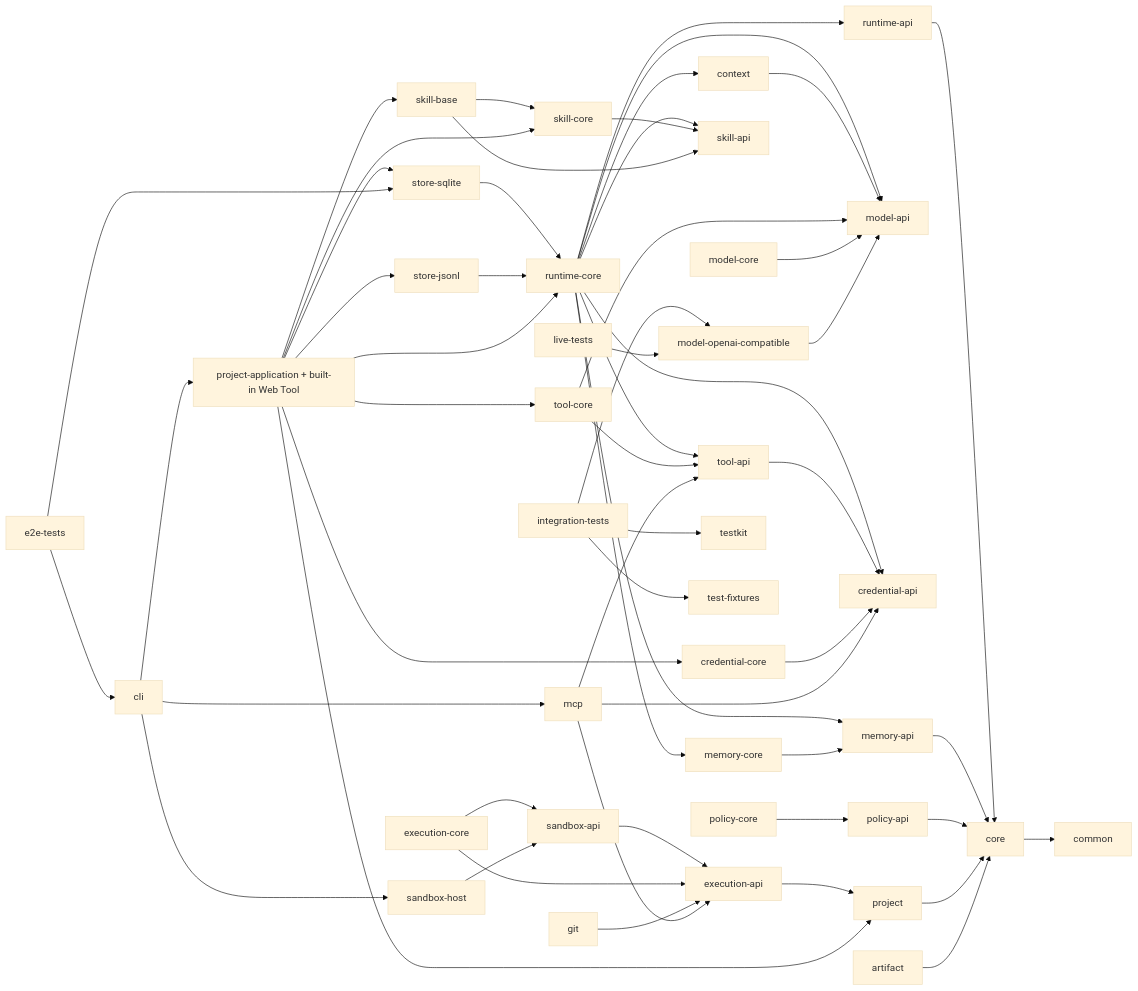
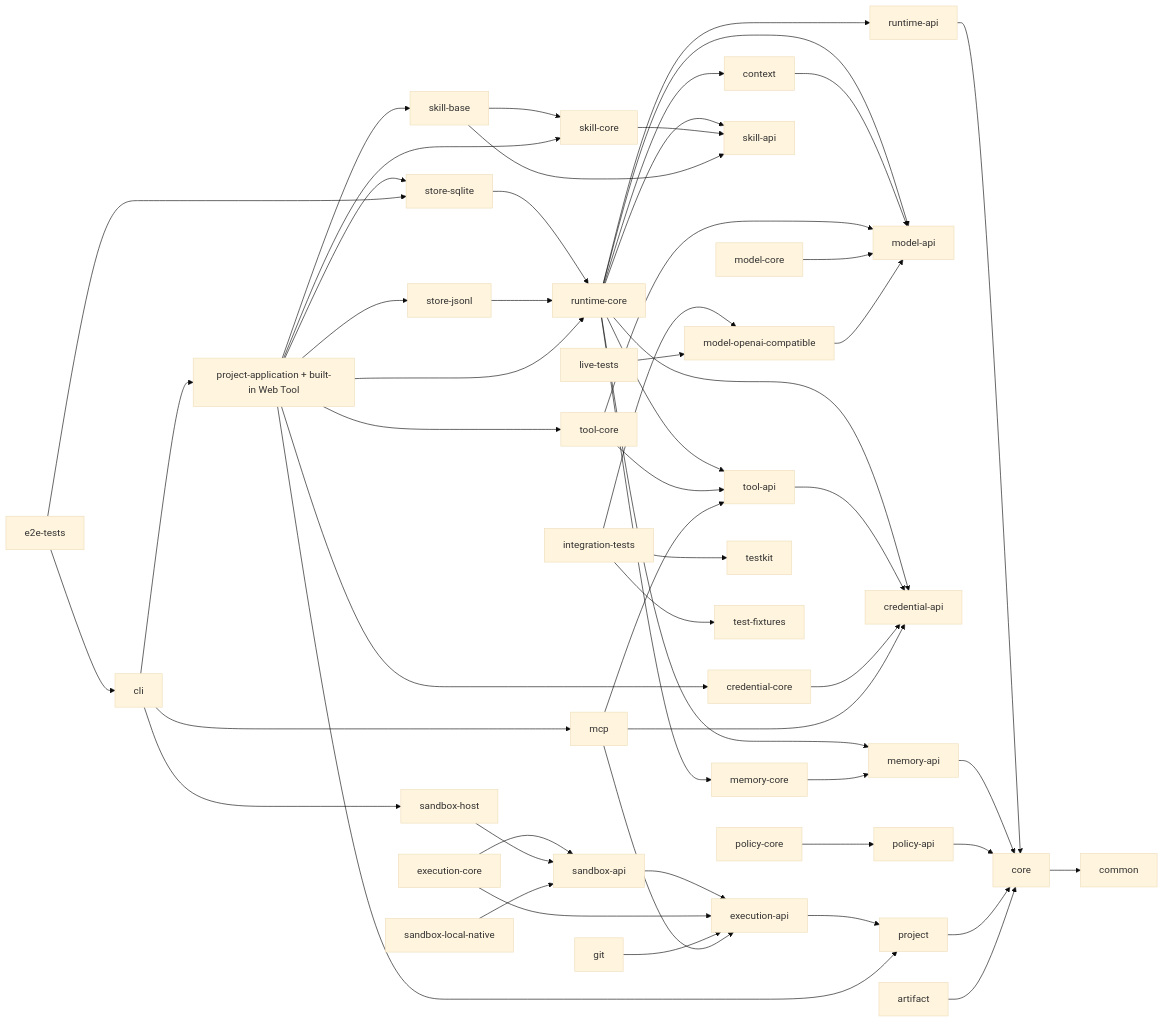
One commit to haifa-agent/haifa-agent changed the diagram in README.md. Above: the diagram before and after it, drawn with Mermaid (base theme). The commit also changed other lines of this file and 25 other files, not shown here.

Commit message:
feat: add local native sandbox provider

````diff
--- a/README.md
+++ b/README.md
@@ -80,59 +81,60 @@
 ```mermaid
 flowchart LR
   CORE[core] --> COMMON[common]
   RAPI[runtime-api] --> CORE
   RCORE[runtime-core] --> RAPI
   RCORE --> MAPI[model-api]
   RCORE --> TAPI[tool-api]
   RCORE --> CAPI[credential-api]
   RCORE --> CTX[context]
   RCORE --> MEMAPI[memory-api]
   RCORE --> MEMCORE[memory-core]
   RCORE --> SKAPI[skill-api]
   CTX --> MAPI
   TAPI --> CAPI
   TCORE[tool-core] --> TAPI
   TCORE --> MAPI
   CCORE[credential-core] --> CAPI
   MCORE[model-core] --> MAPI
   MEMAPI --> CORE
   MEMCORE --> MEMAPI
   PAPI[policy-api] --> CORE
   PCORE[policy-core] --> PAPI
   SKCORE[skill-core] --> SKAPI
   SKBASE[skill-base] --> SKAPI
   SKBASE --> SKCORE
   PROJECT[project] --> CORE
   ARTIFACT[artifact] --> CORE
   EAPI[execution-api] --> PROJECT
   SAPI[sandbox-api] --> EAPI
   ECORE[execution-core] --> EAPI
   ECORE --> SAPI
   SHOST[sandbox-host] --> SAPI
+  SLOCAL[sandbox-local-native] --> SAPI
   GIT[git] --> EAPI
   MCP[mcp] --> TAPI
   MCP --> CAPI
   MCP --> EAPI
   OAI[model-openai-compatible] --> MAPI
   SQLITE[store-sqlite] --> RCORE
   JSONL[store-jsonl] --> RCORE
   PAPP[project-application + built-in Web Tool] --> RCORE
   PAPP --> SQLITE
   PAPP --> JSONL
   PAPP --> PROJECT
   PAPP --> TCORE
   PAPP --> CCORE
   PAPP --> SKCORE
   PAPP --> SKBASE
   CLI[cli] --> PAPP
   CLI --> MCP
   CLI --> SHOST
   TESTKIT[testkit]
   FIXTURES[test-fixtures]
   ITEST[integration-tests] --> TESTKIT
   ITEST --> FIXTURES
   ITEST --> OAI
   LIVETEST[live-tests] --> OAI
   E2ETEST[e2e-tests] --> CLI
   E2ETEST --> SQLITE
 ```
````
